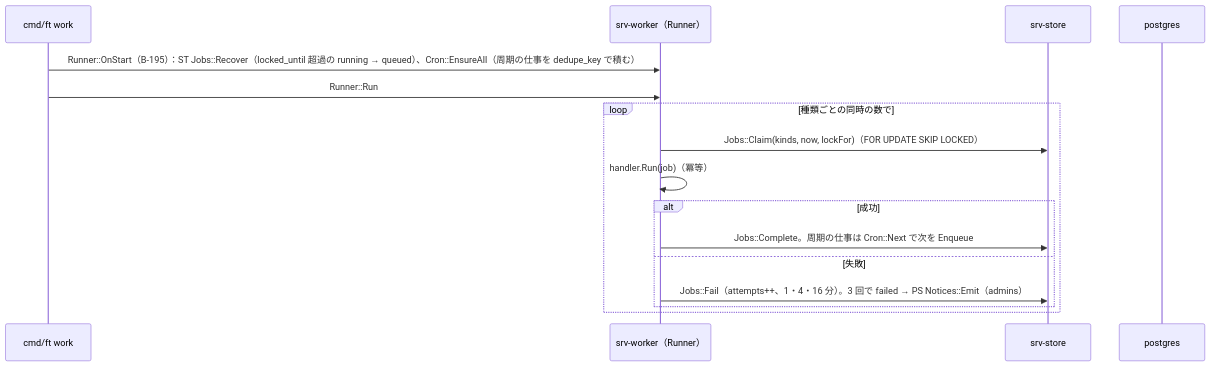
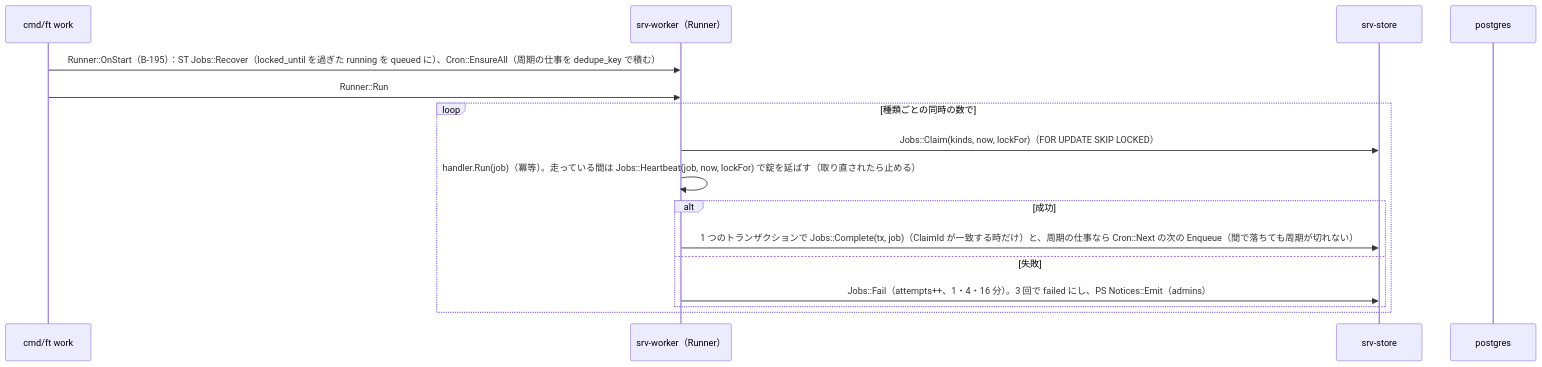
One commit to nrsd-ishikawasou/family-talk-pwa changed the first of 3 diagrams in dev/docs/jp/シーケンス/12_裏の処理.md. Above: the diagram before and after it, drawn with Mermaid. The commit also changed other lines of this file and 290 other files, not shown here.

````diff
--- a/dev/docs/jp/シーケンス/12_裏の処理.md
+++ b/dev/docs/jp/シーケンス/12_裏の処理.md
@@ -10,18 +17,18 @@
 ```mermaid
 sequenceDiagram
   participant CF as cmd/ft work
   participant WK as srv-worker（Runner）
   participant ST as srv-store
   participant PG as postgres
-  CF->>WK: Runner::OnStart（B-195）：ST Jobs::Recover（locked_until 超過の running → queued）、Cron::EnsureAll（周期の仕事を dedupe_key で積む）
+  CF->>WK: Runner::OnStart（B-195）：ST Jobs::Recover（locked_until を過ぎた running を queued に）、Cron::EnsureAll（周期の仕事を dedupe_key で積む）
   CF->>WK: Runner::Run
   loop 種類ごとの同時の数で
     WK->>ST: Jobs::Claim(kinds, now, lockFor)（FOR UPDATE SKIP LOCKED）
-    WK->>WK: handler.Run(job)（冪等）
+    WK->>WK: handler.Run(job)（冪等）。走っている間は Jobs::Heartbeat(job, now, lockFor) で錠を延ばす（取り直されたら止める）
     alt 成功
-      WK->>ST: Jobs::Complete。周期の仕事は Cron::Next で次を Enqueue
+      WK->>ST: 1 つのトランザクションで Jobs::Complete(tx, job)（ClaimId が一致する時だけ）と、周期の仕事なら Cron::Next の次の Enqueue（間で落ちても周期が切れない）
     else 失敗
-      WK->>ST: Jobs::Fail（attempts++、1・4・16 分）。3 回で failed → PS Notices::Emit（admins）
+      WK->>ST: Jobs::Fail（attempts++、1・4・16 分）。3 回で failed にし、PS Notices::Emit（admins）
     end
   end
 ```
````
